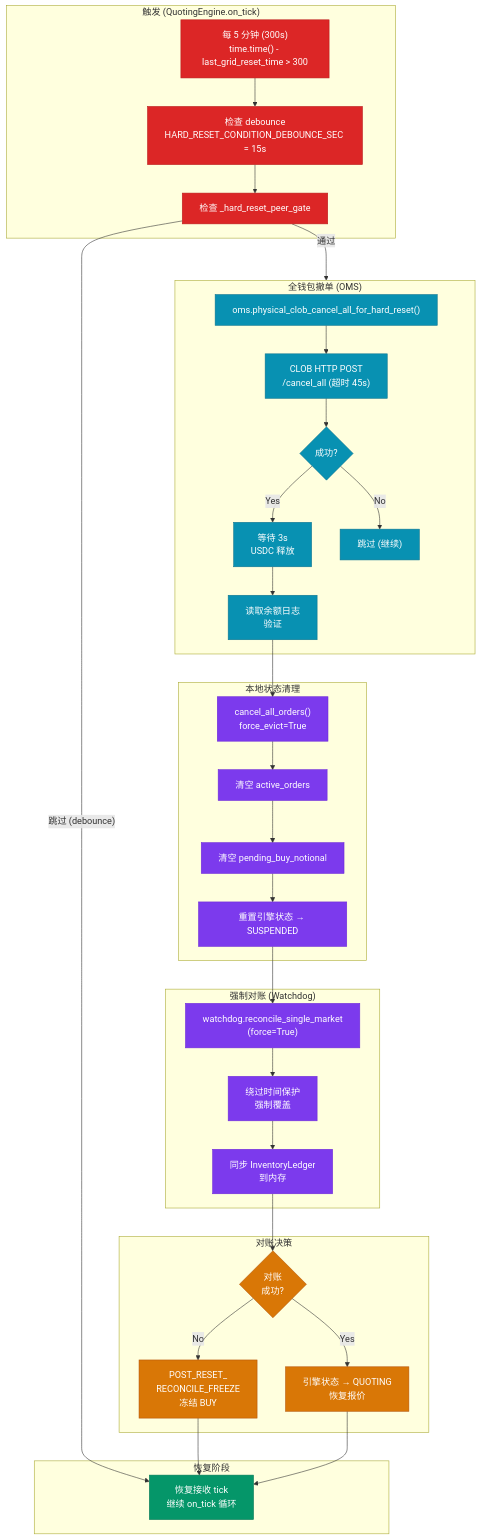
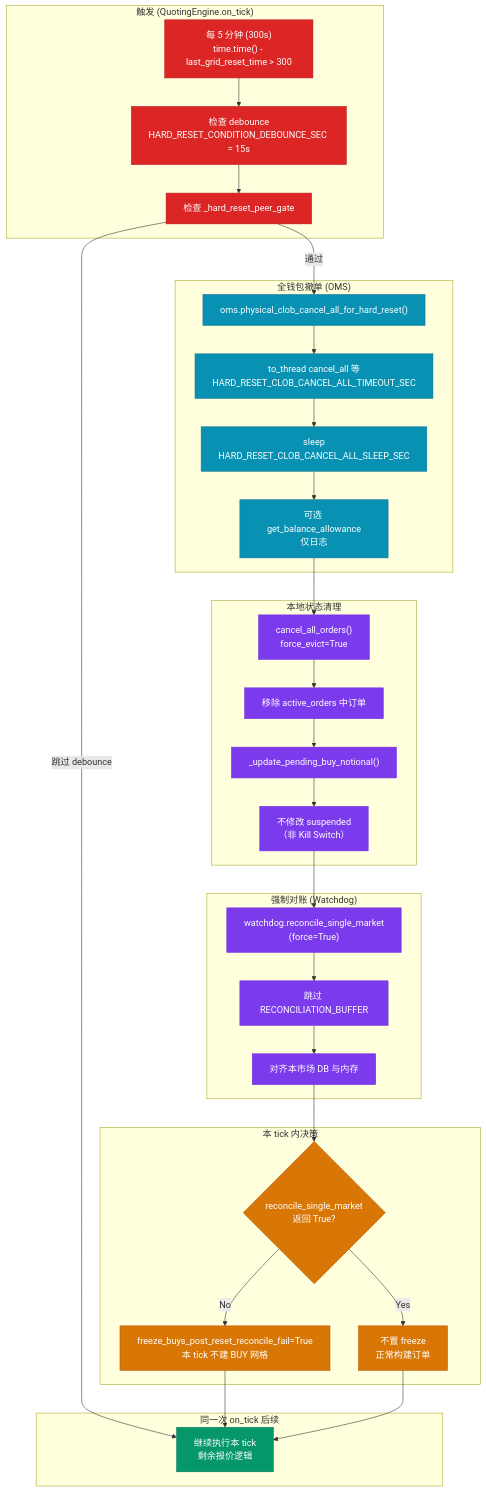
Before and after one commit to liu-kaining/PolyMatrixEngine: the first of 3 diagrams in spec/architecture_diagrams/10_hard_reset_flow.md, drawn with Mermaid. The commit also changed other lines of this file and 12 other files, not shown here.

````diff
--- a/spec/architecture_diagrams/10_hard_reset_flow.md
+++ b/spec/architecture_diagrams/10_hard_reset_flow.md
@@ -5,74 +5,71 @@
 ```mermaid
 %%{init: {'theme': 'base', 'themeVariables': {
   'primaryColor': '#1e3a5f',
   'primaryTextColor': '#ffffff',
   'primaryBorderColor': '#334155',
   'lineColor': '#64748b'
 }}%%
 flowchart TB
     subgraph Trigger["触发 (QuotingEngine.on_tick)"]
         A["每 5 分钟 (300s)<br/>time.time() - last_grid_reset_time > 300"]
         B["检查 debounce<br/>HARD_RESET_CONDITION_DEBOUNCE_SEC = 15s"]
         C["检查 _hard_reset_peer_gate"]
     end
 
     subgraph CancelAll["全钱包撤单 (OMS)"]
         D["oms.physical_clob_cancel_all_for_hard_reset()"]
-        E["CLOB HTTP POST<br/>/cancel_all (超时 45s)"]
-        F{"成功?"}
-        G["等待 3s<br/>USDC 释放"]
-        H["读取余额日志<br/>验证"]
-        D --> E --> F
-        F -->|Yes| G --> H
-        F -->|No| I["跳过 (继续)"]
+        E["to_thread cancel_all 等<br/>HARD_RESET_CLOB_CANCEL_ALL_TIMEOUT_SEC"]
+        F["sleep<br/>HARD_RESET_CLOB_CANCEL_ALL_SLEEP_SEC"]
+        G["可选 get_balance_allowance<br/>仅日志"]
+        D --> E --> F --> G
     end
 
     subgraph LocalCancel["本地状态清理"]
         J["cancel_all_orders()<br/>force_evict=True"]
-        K["清空 active_orders"]
-        L["清空 pending_buy_notional"]
-        M["重置引擎状态 → SUSPENDED"]
+        K["移除 active_orders 中订单"]
+        L["_update_pending_buy_notional()"]
+        M["不修改 suspended<br/>（非 Kill Switch）"]
     end
 
     subgraph ForceReconcile["强制对账 (Watchdog)"]
         N["watchdog.reconcile_single_market<br/>(force=True)"]
-        O["绕过时间保护<br/>强制覆盖"]
-        P["同步 InventoryLedger<br/>到内存"]
+        O["跳过 RECONCILIATION_BUFFER"]
+        P["对齐本市场 DB 与内存"]
     end
 
-    subgraph Decision["对账决策"]
-        Q{"对账<br/>成功?"}
-        R["POST_RESET_<br/>RECONCILE_FREEZE<br/>冻结 BUY"]
-        S["引擎状态 → QUOTING<br/>恢复报价"]
+    subgraph Decision["本 tick 内决策"]
+        Q{"reconcile_single_market<br/>返回 True?"}
+        R["freeze_buys_post_reset_reconcile_fail=True<br/>本 tick 不建 BUY 网格"]
+        S["不置 freeze<br/>正常构建订单"]
     end
 
-    subgraph Recovery["恢复阶段"]
-        T["恢复接收 tick<br/>继续 on_tick 循环"]
+    subgraph Recovery["同一次 on_tick 后续"]
+        T["继续执行本 tick<br/>剩余报价逻辑"]
     end
 
-    %% 连接
+    %% 连接（边必须指向节点；subgraph 仅分组）
     A --> B --> C
-    C -->|"通过"| CancelAll
-    C -->|"跳过 (debounce)"| T
-    H --> J
+    C -->|"通过"| D
+    C -->|"跳过 debounce"| T
+    G --> J
     J --> K --> L --> M
     M --> N
     N --> O --> P
     P --> Q
     Q -->|Yes| S
     Q -->|No| R
     R --> T
     S --> T
 
     classDef trigger fill:#dc2626,stroke:#b91c1c,color:#fff
     classDef cancel fill:#0891b2,stroke:#0e7490,color:#fff
     classDef reconcile fill:#7c3aed,stroke:#6d28d9,color:#fff
     classDef decision fill:#d97706,stroke:#b45309,color:#fff
     classDef recovery fill:#059669,stroke:#047857,color:#fff
 
     class A,B,C trigger
-    class D,E,F,G,H,I cancel
+    class D,E,F,G cancel
     class J,K,L,M,N,O,P reconcile
     class Q,R,S decision
     class T recovery
 ```
````
